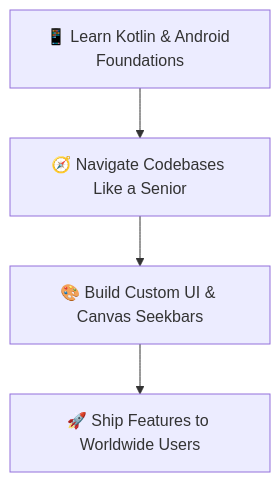
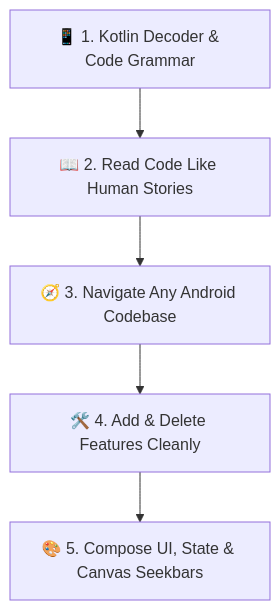
One commit to easoyeb/dev-likeAPro changed the diagram in docs/android-course/index.md. Above: the diagram before and after it, drawn with Mermaid. The commit also changed other lines of this file and 5 other files, not shown here.

Commit message:
Reorganize How to Read Code into Android Course curriculum

````diff
--- a/docs/android-course/index.md
+++ b/docs/android-course/index.md
@@ -19,6 +21,7 @@
 ```mermaid
 flowchart TD
-    A["📱 Learn Kotlin & Android Foundations"] --> B["🧭 Navigate Codebases Like a Senior"]
-    B --> C["🎨 Build Custom UI & Canvas Seekbars"]
-    C --> D["🚀 Ship Features to Worldwide Users"]
+    A["📱 1. Kotlin Decoder & Code Grammar"] --> B["📖 2. Read Code Like Human Stories"]
+    B --> C["🧭 3. Navigate Any Android Codebase"]
+    C --> D["🛠️ 4. Add & Delete Features Cleanly"]
+    D --> E["🎨 5. Compose UI, State & Canvas Seekbars"]
 ```
````
